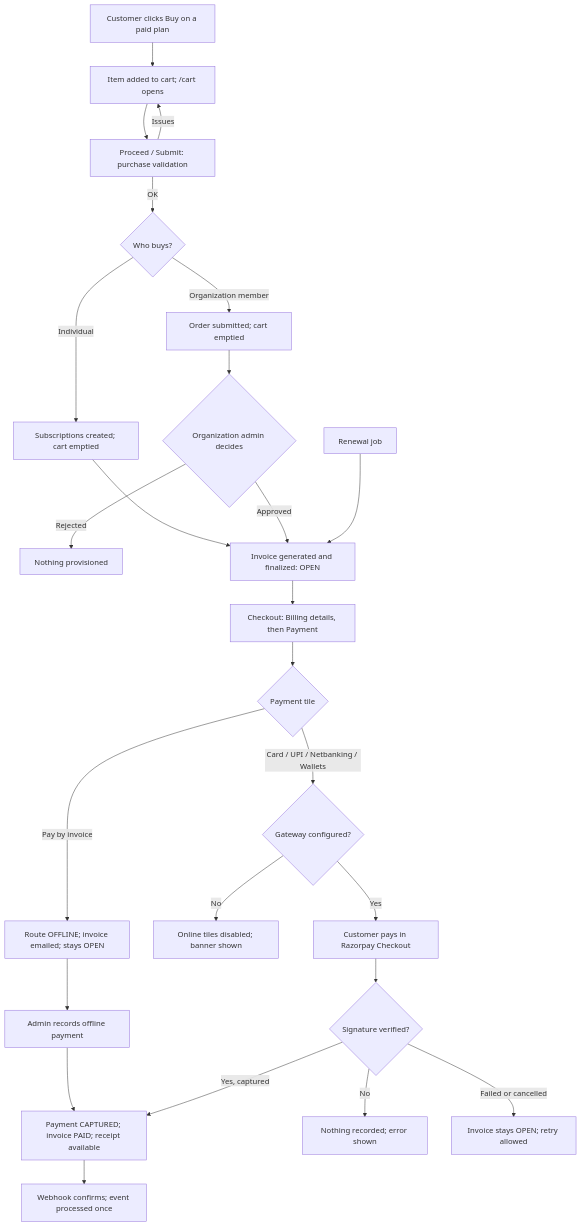
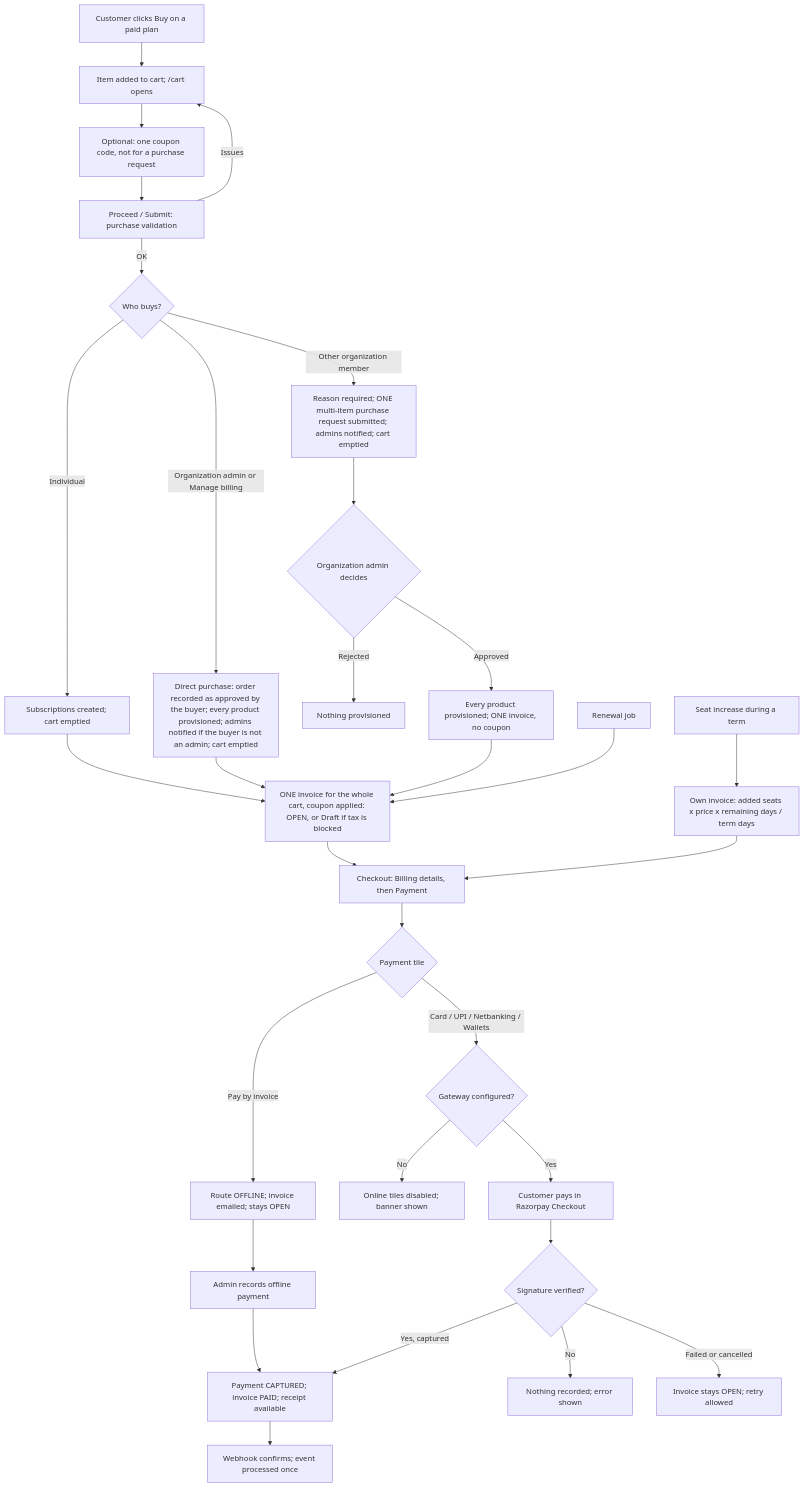
The first of 2 diagrams in docs/04-workflows/purchase-to-payment.md (evyoog/Enterprise-Intelligence-Suite), drawn with Mermaid before and after one commit. The commit also changed other lines of this file and 82 other files, not shown here.

First line of the commit message:
C100: docs and test cases (seats, renewals, cart, coupons, orders), grace shown before the expiry job runs, empty cart drops its coupon

````diff
--- a/docs/04-workflows/purchase-to-payment.md
+++ b/docs/04-workflows/purchase-to-payment.md
@@ -5,25 +5,30 @@
 ```mermaid
 flowchart TD
     A[Customer clicks Buy on a paid plan] --> A1[Item added to cart; /cart opens]
-    A1 --> A2[Proceed / Submit: purchase validation]
+    A1 --> A3[Optional: one coupon code, not for a purchase request]
+    A3 --> A2[Proceed / Submit: purchase validation]
     A2 -- Issues --> A1
     A2 -- OK --> B{Who buys?}
     B -- Individual --> C[Subscriptions created; cart emptied]
-    B -- Organization member --> D[Order submitted; cart emptied] --> E{Organization admin decides}
+    B -- Organization admin or Manage billing --> C2[Direct purchase: order recorded as approved by the buyer; every product provisioned; admins notified if the buyer is not an admin; cart emptied]
+    B -- Other organization member --> D[Reason required; ONE multi-item purchase request submitted; admins notified; cart emptied] --> E{Organization admin decides}
     E -- Rejected --> E1[Nothing provisioned]
-    C --> F[Invoice generated and finalized: OPEN]
-    E -- Approved --> F
+    C --> F[ONE invoice for the whole cart, coupon applied: OPEN, or Draft if tax is blocked]
+    C2 --> F
+    E -- Approved --> F2[Every product provisioned; ONE invoice, no coupon] --> F
     F --> CK[Checkout: Billing details, then Payment]
     CK --> P{Payment tile}
     P -- Pay by invoice --> OF[Route OFFLINE; invoice emailed; stays OPEN]
     OF --> OR[Admin records offline payment] --> L
     P -- Card / UPI / Netbanking / Wallets --> G{Gateway configured?}
     G -- No --> H[Online tiles disabled; banner shown]
     G -- Yes --> I[Customer pays in Razorpay Checkout]
     I --> J{Signature verified?}
     J -- No --> K[Nothing recorded; error shown]
     J -- Yes, captured --> L[Payment CAPTURED; invoice PAID; receipt available]
     J -- Failed or cancelled --> M[Invoice stays OPEN; retry allowed]
     L --> N[Webhook confirms; event processed once]
     O[Renewal job] --> F
+    S[Seat increase during a term] --> S1[Own invoice: added seats x price x remaining days / term days]
+    S1 --> CK
 ```
````
